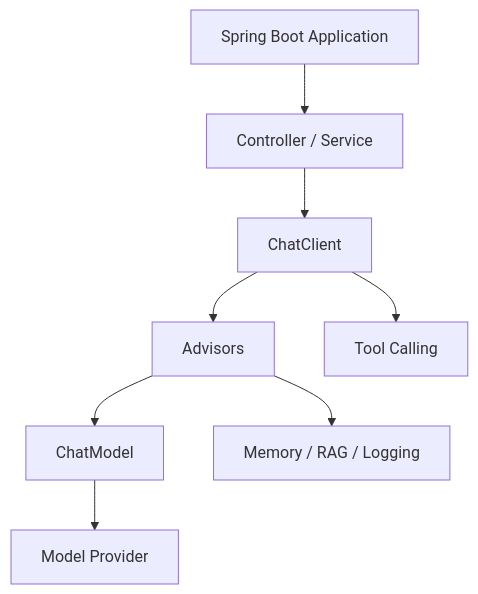
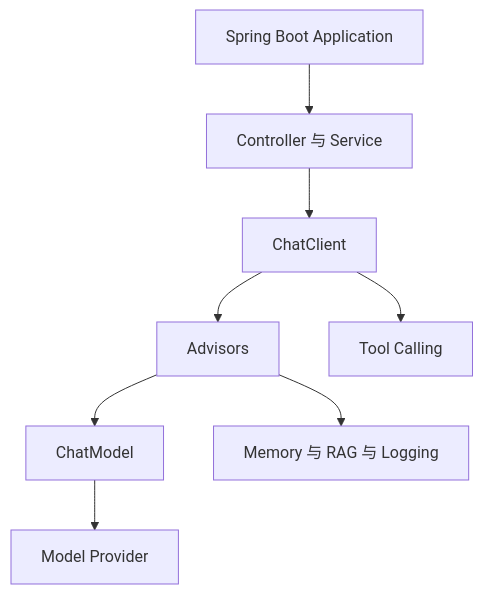
The first of 6 diagrams in docs/05-tools-frameworks/spring-ai-framework.md (xiaoqianbaobao/ai-guide), drawn with Mermaid before and after one commit. The commit also changed other lines of this file and 14 other files, not shown here.

Commit message:
修复前端mermaid语法错误问题

````diff
--- a/docs/05-tools-frameworks/spring-ai-framework.md
+++ b/docs/05-tools-frameworks/spring-ai-framework.md
@@ -62,11 +62,11 @@
 ```mermaid
 flowchart TD
     A[Spring Boot Application]
-    A --> B[Controller / Service]
+    A --> B[Controller 与 Service]
     B --> C[ChatClient]
     C --> D[Advisors]
     D --> E[ChatModel]
-    D --> F[Memory / RAG / Logging]
+    D --> F[Memory 与 RAG 与 Logging]
     C --> G[Tool Calling]
     E --> H[Model Provider]
 ```
````
